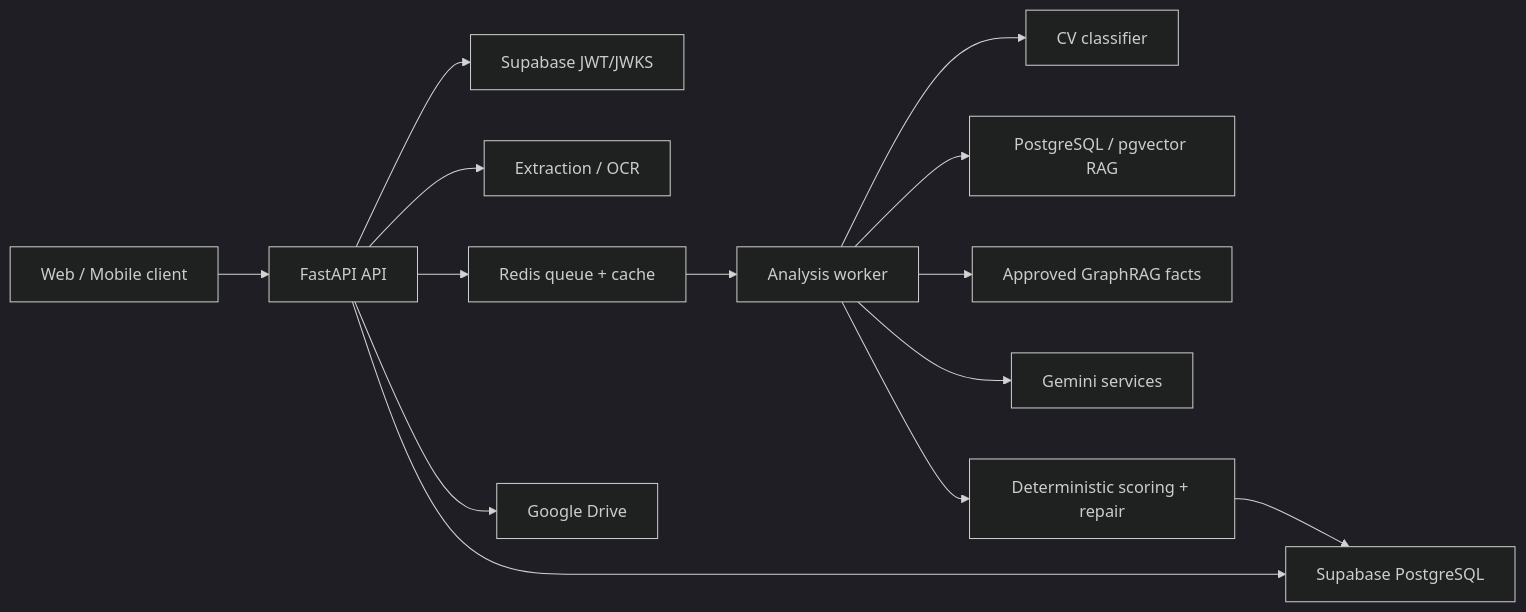
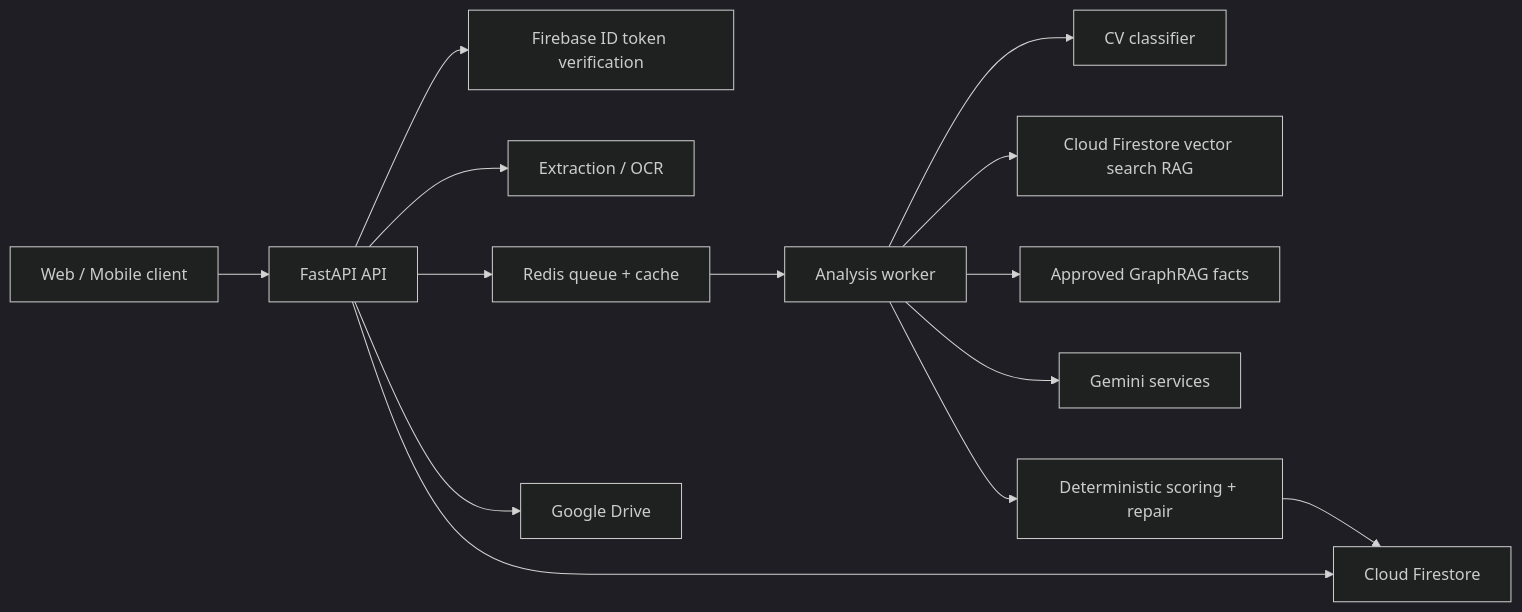
The diagram in README.md (TechFutureAIFPT/ApiSupportHR-), drawn with Mermaid (dark theme) before and after one commit. The commit also changed other lines of this file and 86 other files, not shown here.

````diff
--- a/README.md
+++ b/README.md
@@ -48,16 +48,16 @@
 ```mermaid
 flowchart LR
     CLIENT["Web / Mobile client"] --> API["FastAPI API"]
-    API --> AUTH["Supabase JWT/JWKS"]
+    API --> AUTH["Firebase ID token verification"]
     API --> FILE["Extraction / OCR"]
     API --> REDIS["Redis queue + cache"]
     REDIS --> WORKER["Analysis worker"]
     WORKER --> CLS["CV classifier"]
-    WORKER --> RAG["PostgreSQL / pgvector RAG"]
+    WORKER --> RAG["Cloud Firestore vector search RAG"]
     WORKER --> GRAPH["Approved GraphRAG facts"]
     WORKER --> GEMINI["Gemini services"]
     WORKER --> SCORE["Deterministic scoring + repair"]
-    SCORE --> DB["Supabase PostgreSQL"]
+    SCORE --> DB["Cloud Firestore"]
     API --> DB
     API --> DRIVE["Google Drive"]
 ```
````
